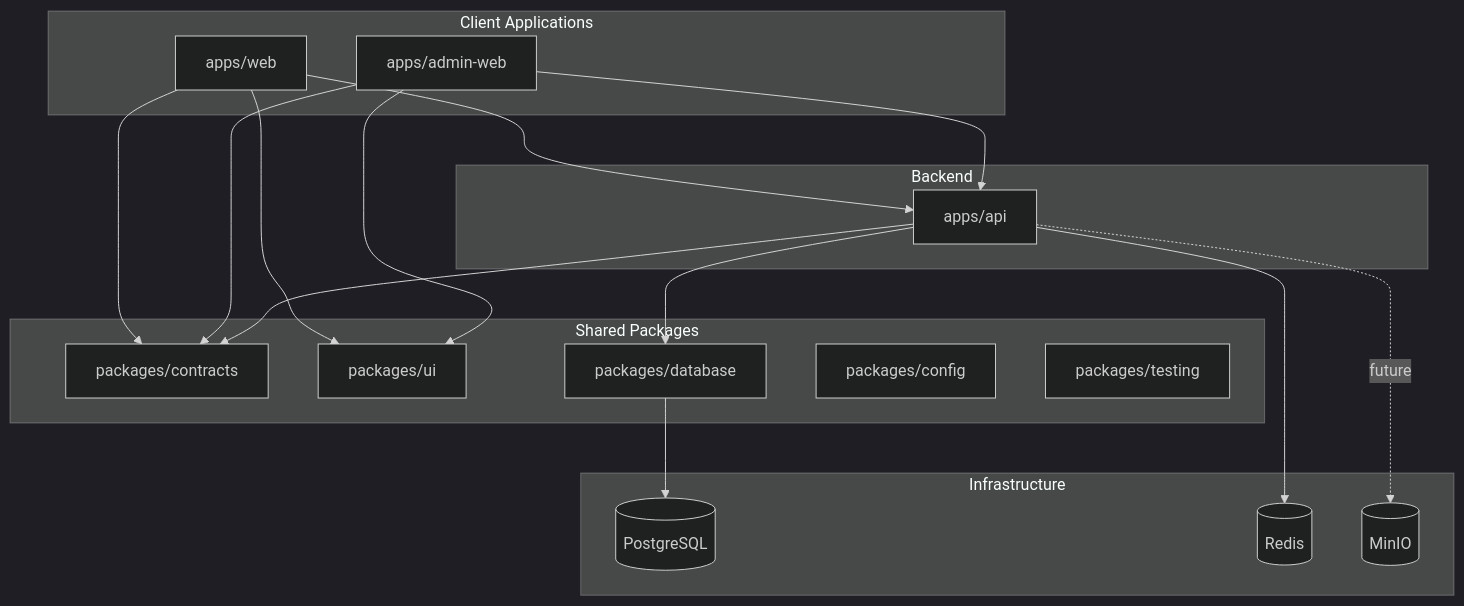
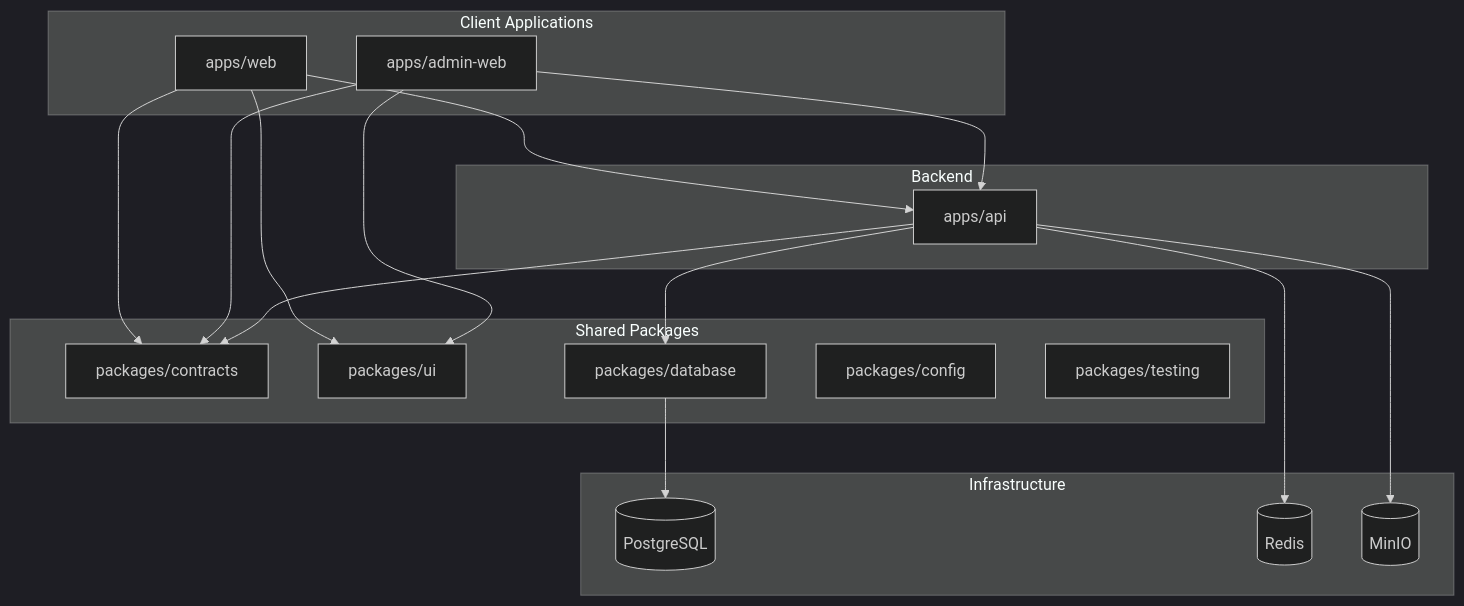
Before and after one commit to justicechidi136-boop/PITCHDECK-NG: the first of 2 diagrams in docs/ARCHITECTURE.md, drawn with Mermaid (dark theme). The commit also changed other lines of this file and 3 other files, not shown here.

````diff
--- a/docs/ARCHITECTURE.md
+++ b/docs/ARCHITECTURE.md
@@ -7,37 +7,37 @@
 ```mermaid
 flowchart TB
   subgraph clients [Client Applications]
     Web[apps/web]
     Admin[apps/admin-web]
   end
 
   subgraph backend [Backend]
     API[apps/api]
   end
 
   subgraph shared [Shared Packages]
     Contracts[packages/contracts]
     UI[packages/ui]
     DB[packages/database]
     Config[packages/config]
     Testing[packages/testing]
   end
 
   subgraph infra [Infrastructure]
     PG[(PostgreSQL)]
     Redis[(Redis)]
     MinIO[(MinIO)]
   end
 
   Web --> Contracts
   Web --> UI
   Admin --> Contracts
   Admin --> UI
   API --> Contracts
   API --> DB
   DB --> PG
   API --> Redis
   Web --> API
   Admin --> API
-  API -. future .-> MinIO
+  API --> MinIO
 ```
````
